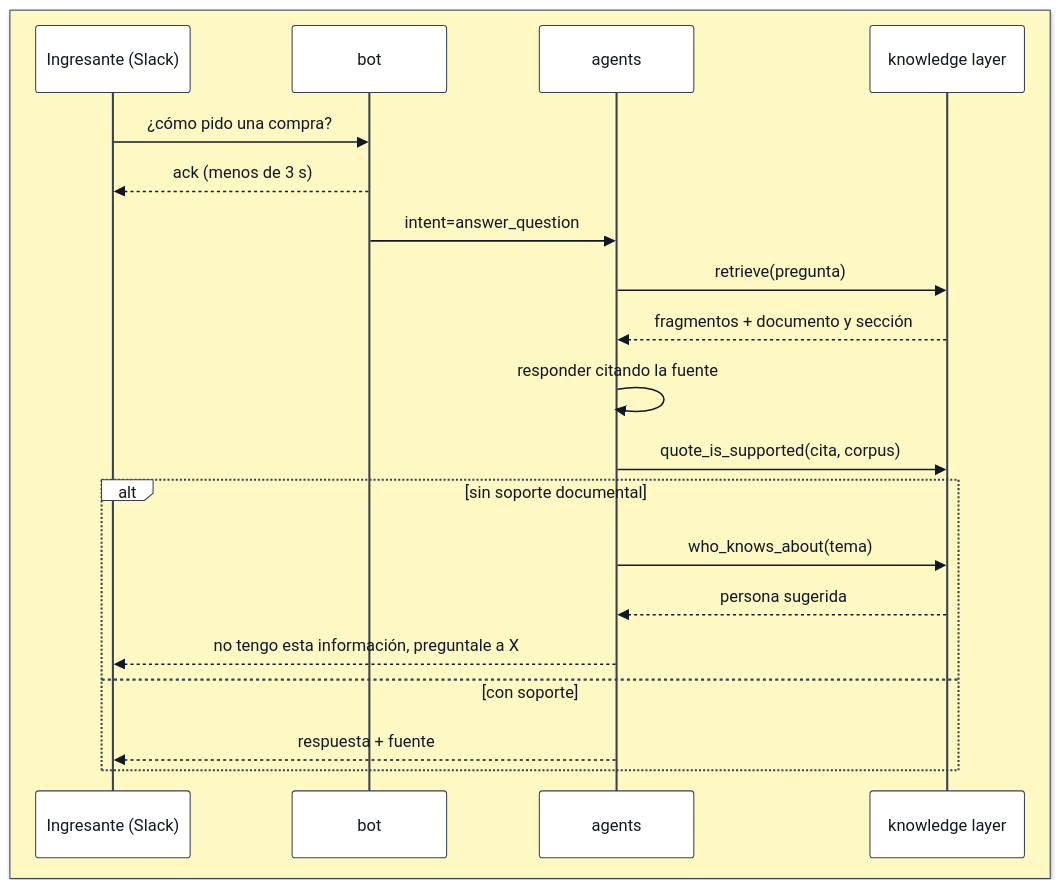
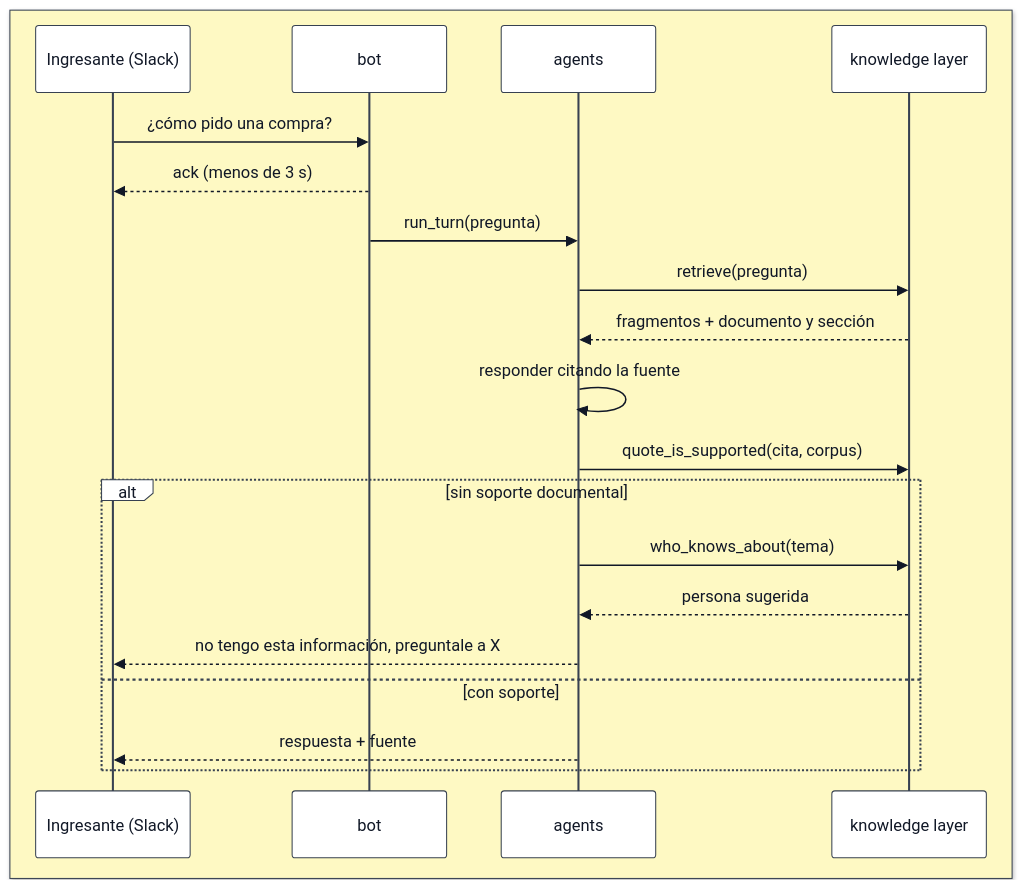
One commit to eruann/IAA-2026-onboarding-con-agentes changed the second of 2 diagrams in docs/arquitectura.md. Above: the diagram before and after it, drawn with Mermaid. The commit also changed 64 other files, not shown here.

First line of the commit message:
feat(agents): un agente por rol, registro, run_turn y talleres

````diff
--- a/docs/arquitectura.md
+++ b/docs/arquitectura.md
@@ -105,51 +105,51 @@
 ```mermaid
 %%{init: {
   "theme": "base",
   "themeVariables": {
     "background": "#fef9c3",
     "primaryColor": "#ffffff",
     "primaryTextColor": "#111827",
     "primaryBorderColor": "#374151",
     "secondaryColor": "#fde68a",
     "tertiaryColor": "#fffbeb",
     "lineColor": "#111827",
     "textColor": "#111827",
     "clusterBkg": "#fef3c7",
     "clusterBorder": "#b45309",
     "edgeLabelBackground": "#fef9c3",
     "noteBkgColor": "#fde68a",
     "noteTextColor": "#111827",
     "actorBkg": "#ffffff",
     "actorBorder": "#374151",
     "actorTextColor": "#111827",
     "actorLineColor": "#374151",
     "signalColor": "#111827",
     "signalTextColor": "#111827",
     "labelBoxBkgColor": "#ffffff",
     "labelTextColor": "#111827",
     "loopTextColor": "#111827"
   }
 }}%%
 sequenceDiagram
   %% Caja amarilla sobre todos los participantes: fondo fijo en editores claros y oscuros
   box rgb(254,249,195)
     participant I as Ingresante (Slack)
     participant B as bot
     participant A as agents
     participant K as knowledge layer
   end
   I->>B: ¿cómo pido una compra?
   B-->>I: ack (menos de 3 s)
-  B->>A: intent=answer_question
+  B->>A: run_turn(pregunta)
   A->>K: retrieve(pregunta)
   K-->>A: fragmentos + documento y sección
   A->>A: responder citando la fuente
   A->>K: quote_is_supported(cita, corpus)
   alt sin soporte documental
     A->>K: who_knows_about(tema)
     K-->>A: persona sugerida
     A-->>I: no tengo esta información, preguntale a X
   else con soporte
     A-->>I: respuesta + fuente
   end
 ```
````
